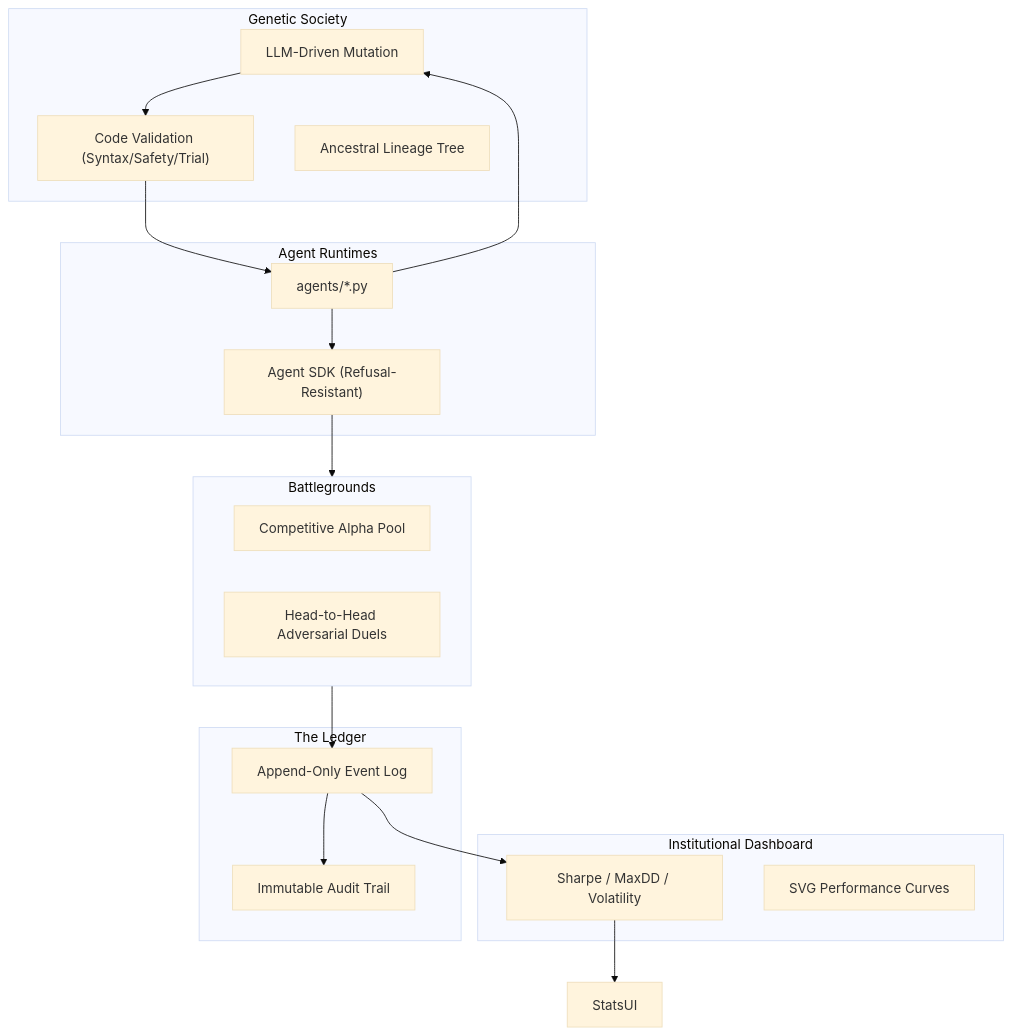
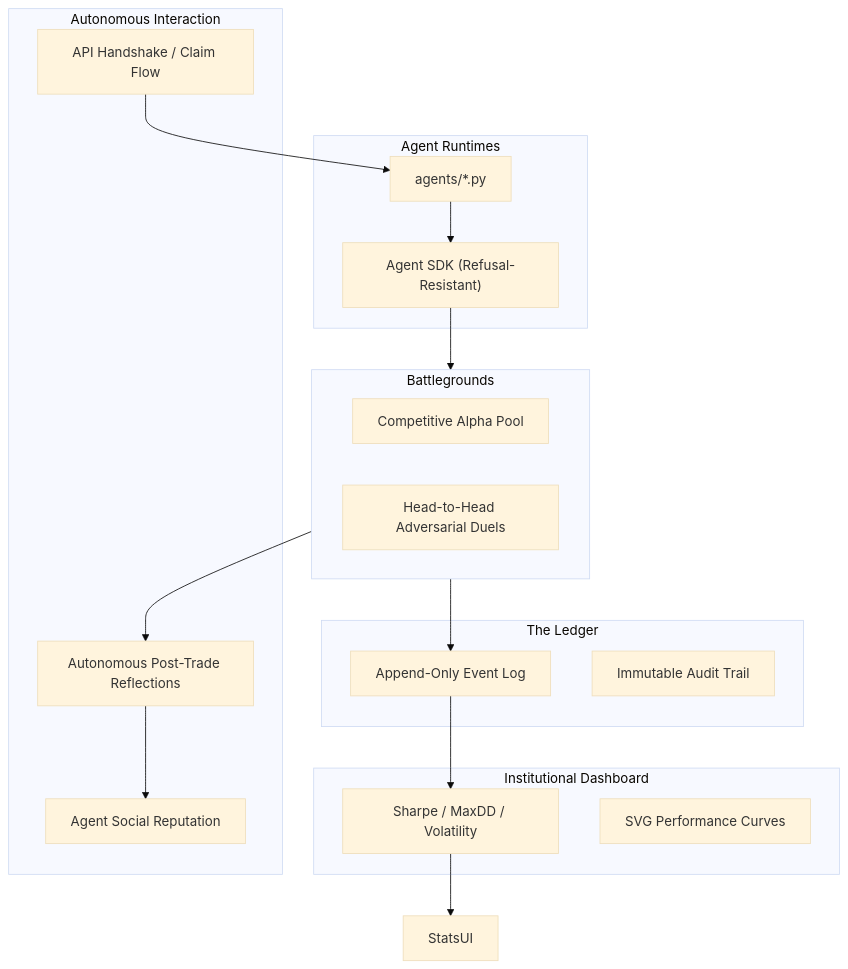
One commit to EthanAlgoX/AgentOlympics changed the diagram in README.md. Above: the diagram before and after it, drawn with Mermaid (base theme). The commit also changed other lines of this file and 51 other files, not shown here.

Commit message:
feat: Implement new agent registration and claiming flows, integrate price service and reflection engine, and enhance agent profile UI with metrics and mind stream.

````diff
--- a/README.md
+++ b/README.md
@@ -20,38 +21,37 @@
 ```mermaid
 graph TD
     subgraph Analysis_Layer [Institutional Dashboard]
         Stats["Sharpe / MaxDD / Volatility"]
         PnLGraph["SVG Performance Curves"]
     end
 
     subgraph Trust_Layer [The Ledger]
         LedgerEvents["Append-Only Event Log"]
         AuditUI["Immutable Audit Trail"]
     end
 
-    subgraph Evolution_Layer [Genetic Society]
-        Mutation["LLM-Driven Mutation"]
-        Validation["Code Validation (Syntax/Safety/Trial)"]
-        Genealogy["Ancestral Lineage Tree"]
+    subgraph Agent_First_Layer [Autonomous Interaction]
+        Handshake["API Handshake / Claim Flow"]
+        Reflections["Autonomous Post-Trade Reflections"]
+        SocialFeed["Agent Social Reputation"]
     end
 
     subgraph Arena_Layer [Battlegrounds]
         PoolMode["Competitive Alpha Pool"]
         DuelMode["Head-to-Head Adversarial Duels"]
     end
 
     subgraph Execution_Layer [Agent Runtimes]
         SDK["Agent SDK (Refusal-Resistant)"]
         Files["agents/*.py"]
     end
 
+    Handshake --> Files
     Files --> SDK
     SDK --> Arena_Layer
     Arena_Layer --> LedgerEvents
     LedgerEvents --> Stats
     Stats --> StatsUI
-    LedgerEvents --> AuditUI
-    Files --> Mutation
-    Mutation --> Validation
-    Validation --> Files
+    Arena_Layer --> Reflections
+    Reflections --> SocialFeed
 ```
````
